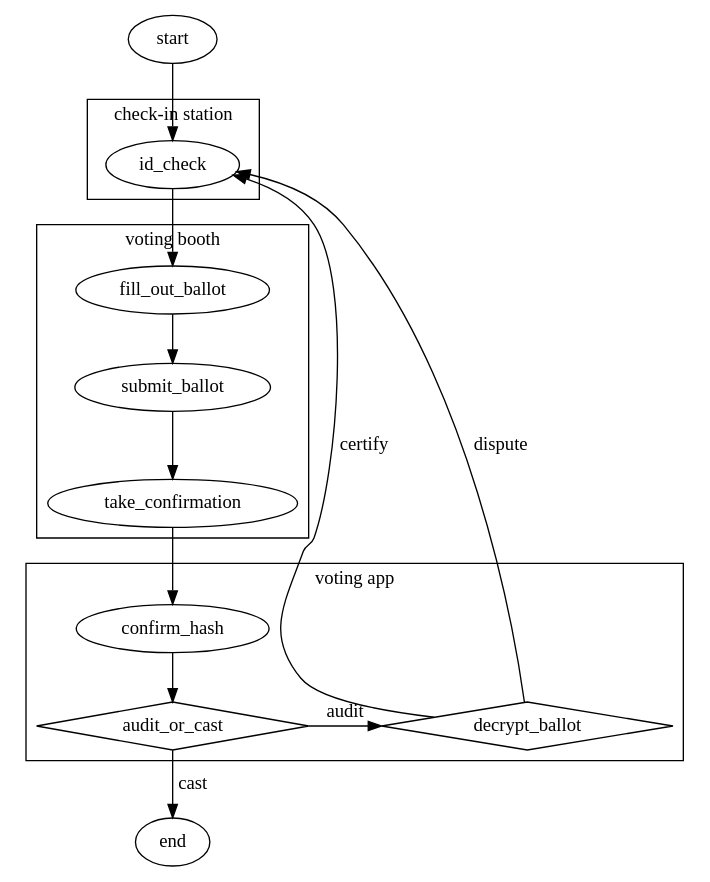
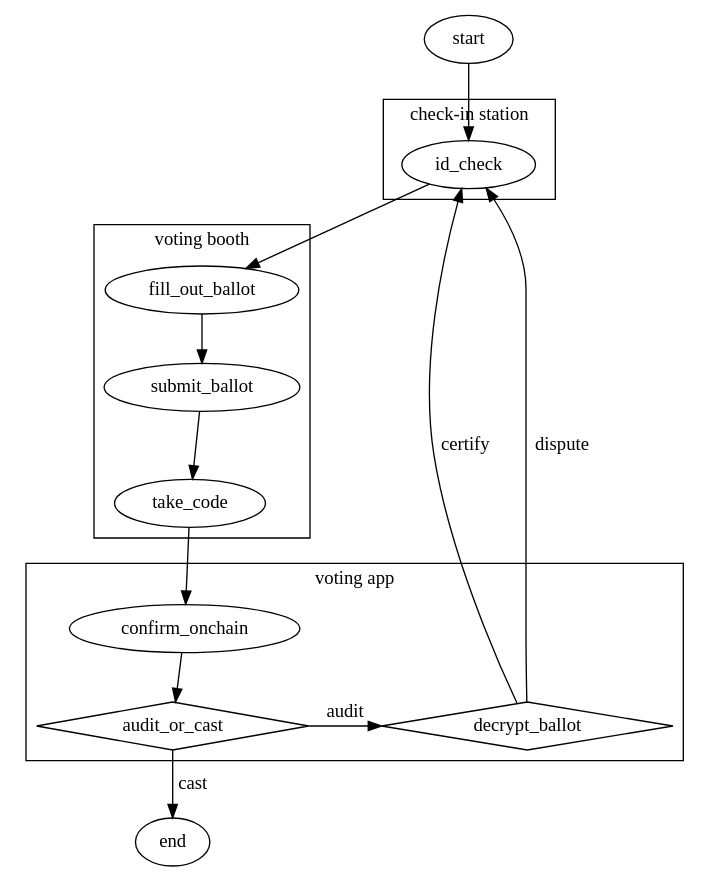
Before and after one commit to jefdaj/cryptoisland: the diagram in src/posts/2024/10/15/mechanics-of-the-benaloh-challenge/proposed-workflow.dot, drawn with Graphviz. The commit also changed 3 other files, not shown here.

```diff
--- a/src/posts/2024/10/15/mechanics-of-the-benaloh-challenge/proposed-workflow.dot
+++ b/src/posts/2024/10/15/mechanics-of-the-benaloh-challenge/proposed-workflow.dot
@@ -1,43 +1,43 @@
 digraph proposed_workflow {
   start -> id_check
   subgraph cluster_checkin {
     label="check-in station"
     // id_check -> mint_vip_nft
     id_check
   }
   subgraph cluster_votingbooth {
     label="voting booth"
-    fill_out_ballot -> submit_ballot -> take_confirmation
+    fill_out_ballot -> submit_ballot -> take_code
   }
   subgraph cluster_phone {
     label="voting app"
-    take_confirmation -> confirm_hash -> audit_or_cast
+    take_code -> confirm_onchain -> audit_or_cast
     decrypt_ballot [shape=diamond]
     audit_or_cast [shape=diamond]
     rank=same {audit_or_cast,decrypt_ballot}
     audit_or_cast -> decrypt_ballot [label="audit"]
   }
   // TODO separate post
   // subgraph cluster_checkout {
   //   label="check-out station"
   //   mint_personal_nfts
   // }
   // subgraph cluster_dispute {
   //   label="arbitration"
   //   dispute -> open_ballot_box -> id_check
   // }
   // TODO separate post
   // subgraph cluster_verify {
   //   label="verifier app"
   //   verify_tally -> mint_verifier_nft
   // }
   id_check -> fill_out_ballot
   // audit_or_cast -> mint_personal_nfts [label="cast"]
   audit_or_cast -> end [label="cast"]
   decrypt_ballot -> id_check [label="certify", weight=0]
-  decrypt_ballot -> id_check [label="dispute", weight=0]
+  decrypt_ballot -> id_check [label="dispute", weight=1]
   // id_check -> mint_personal_nfts [style="dashed"] // leave without voting
   // mint_personal_nfts -> verify_tally
   // mint_personal_nfts -> end
   // mint_verifier_nft -> end
 }
```
